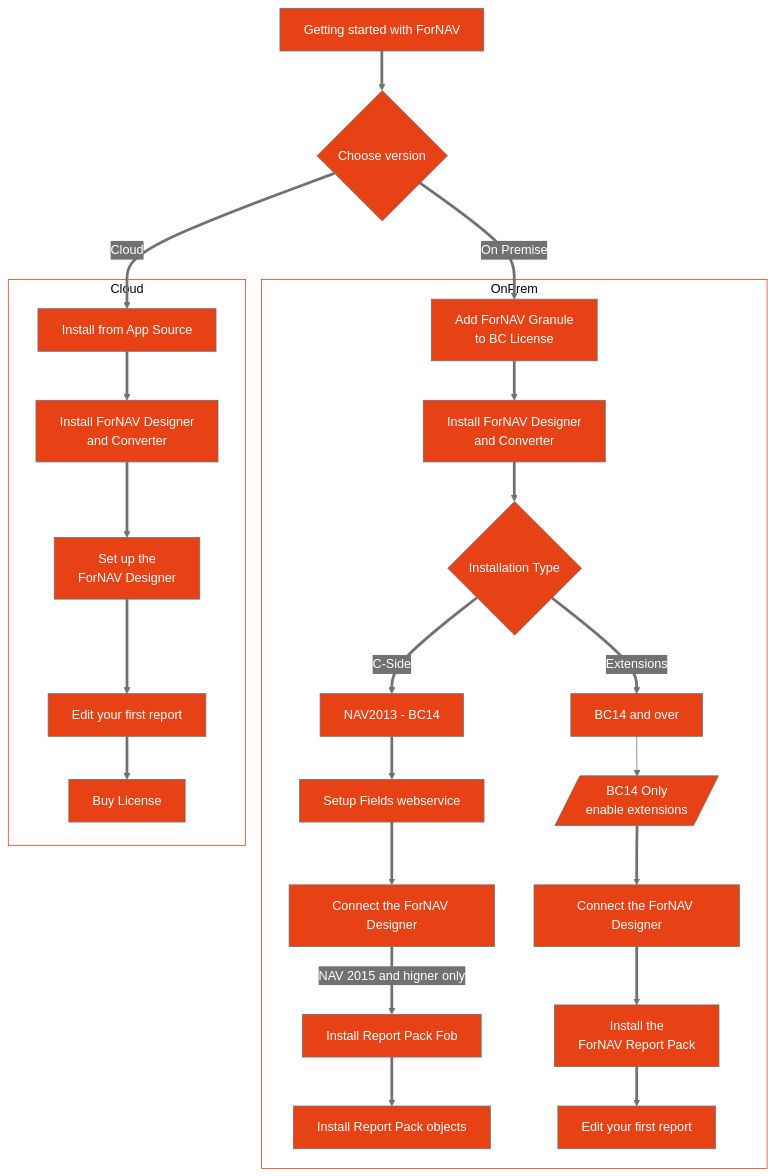
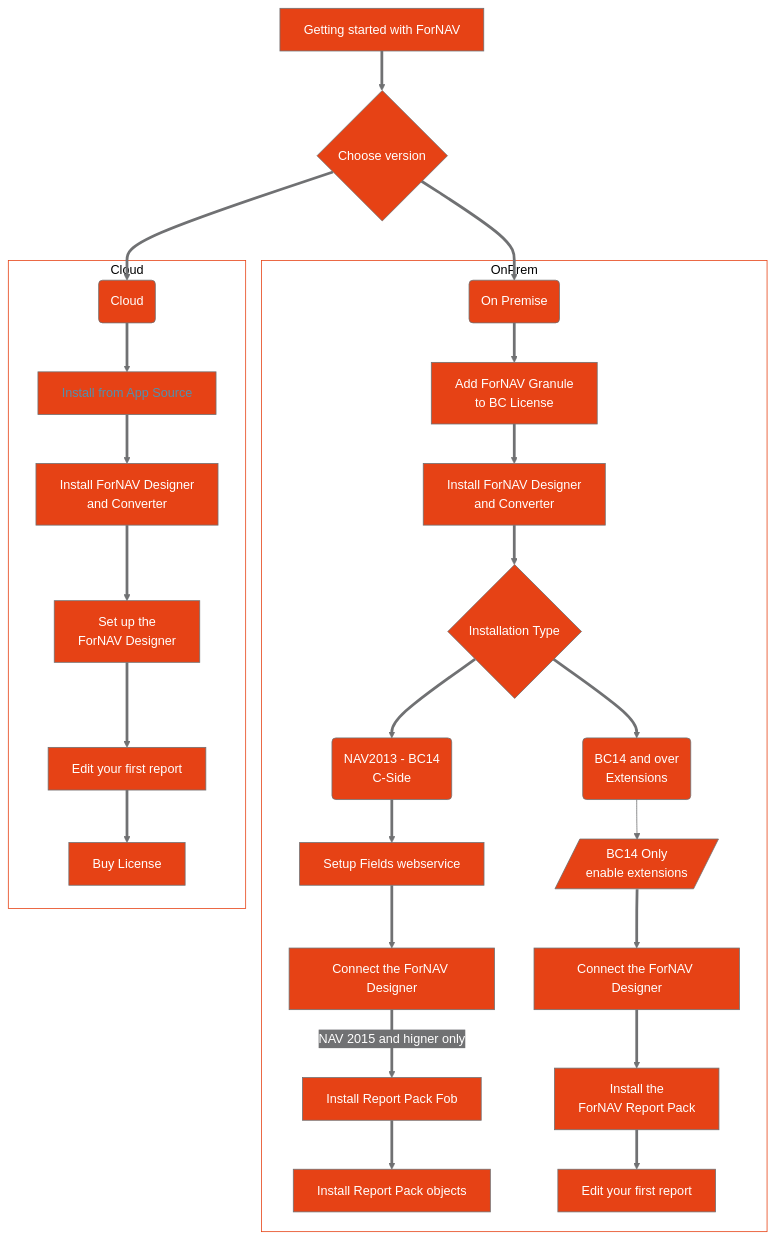
Before and after one commit to fornav/ForNav.Guide: the diagram in docs/README.md, drawn with Mermaid. The commit also changed other lines of this file and 3 other files, not shown here.

Commit message:
Update mermaid styling

````diff
--- a/docs/README.md
+++ b/docs/README.md
@@ -5,69 +5,56 @@
 ```mermaid
-%%{init: {'theme': 'base', 'themeVariables': { 
-    'darkMode' : 'true',
+%%{init: {'theme': 'base', 'themeVariables': {
     'primaryColor': '#e64215',
     'primaryBorderColor': '#707173',
     'primaryTextColor': 'white',
     'secondaryColor':'#707173',
     'lineColor': '#707173',
     'edgeLabelBackground': '#707173',
     'tertiaryColor': 'white',
     'textColor': '#707173',
     'tertiaryBorderColor': '#e64215'
-    }}}%%
-        graph TD
-          A[Getting started with ForNAV] ==> B{Choose version}
-          B ==> |Cloud| C[Install from App Source]
-          B ==> |On Premise| K[Add ForNAV Granule<br>to BC License]
-          C ==> D[Install ForNAV Designer<br>and Converter]
-          D ==> E[Set up the<br>ForNAV Designer]
-          E ==> F[Edit your first report]
-          F ==> G[Buy License]
-          K ==> L[Install ForNAV Designer<br>and Converter]
-          L ==> M{Installation Type}
-          M ==> |C-Side| N[NAV2013 - BC14]
-          M ==> |Extensions| U[BC14 and over]
-          N ==> O[Setup Fields webservice]
-          O ==> P[Connect the ForNAV Designer]
-          P ==> |NAV 2015 and higner only|Q[Install Report Pack Fob]
-          Q ==> R[Install Report Pack objects]
-          U --> V[/BC14 Only<br>enable extensions/]
-          V ==> W[Connect the ForNAV Designer]
-          W ==> X[Install the<br>ForNAV Report Pack]
-          X ==> Z[Edit your first report]
-          subgraph OnPrem
-            K
-            L
-            M
-            N
-            O
-            P
-            Q
-            R
-            U
-            V
-            W
-            X
-            Z
-          end
-          subgraph Cloud
-            C
-            D
-            E
-            F
-            G
-          end
-    click B "http://www.github.com" _blank
-    click C "https://appsource.microsoft.com/en/product/dynamics-365-business-central/PUBID.fornav%7CAID.customizable_report_pack%7CPAPPID.83326d6d-11f8-49fd-981a-6f266a7c8d81" _blank
-    click D "/ForNav.Guide/#/ForNAVForBCSaaS/?id=download" _blank
-    click E "/ForNav.Guide/#/ForNAVForBCSaaS/?id=setup" _blank
-    click F "/ForNav.Guide/#/ForNAVForBCSaaS/EditYourFirstReport?id=editing-your-first-fornav-report" _blank
-    click K "https://www.fornav.com/knowledge-base/fornav-granule-required/" _blank
-    click O "https://www.fornav.com/knowledge-base/troubleshooting-the-nav-web-service/" _blank
-    click N "https://www.youtube.com/watch?v=hIfv0Zfh2LQ" _blank
-    click Q "https://www.fornav.com/knowledge-base/installing-objects-fornav-isv-granule-area/" _blank
-    click L "/ForNav.Guide/#/ForNAVForBCOnPrem/?id=download" _blank
-    click W "/ForNav.Guide/#/ForNAVForBCOnPrem/?id=setup" _blank
-    click X "/ForNav.Guide/#/ForNAVForBCOnPrem/?id=install-the-fornav-report-pack" _blank
-    click Z "/ForNav.Guide/#/ForNAVForBCOnPrem/EditYourFirstReport" _blank
+}}}%%
+
+graph TD
+  start01[Getting started with ForNAV] ==> start02{Choose version}
+  start02 ==> cloud01(Cloud)
+  start02 ==> onprem01(On Premise)
+  subgraph OnPrem
+    onprem01 ==> onprem02[Add ForNAV Granule<br>to BC License]
+    onprem02 ==> onprem03[Install ForNAV Designer<br>and Converter]
+    onprem03 ==> onprem04{Installation Type}
+    onprem04 ==> cs01(NAV2013 - BC14<br>C-Side)
+    onprem04 ==> ex01(BC14 and over<br>Extensions)
+    cs01 ==> cs02[Setup Fields webservice]
+    cs02 ==> cs03[Connect the ForNAV Designer]
+    cs03 ==> |NAV 2015 and higner only|cs04[Install Report Pack Fob]
+    cs04 ==> cs05[Install Report Pack objects]
+    ex01 --> ex02[/BC14 Only<br>enable extensions/]
+    ex02 ==> ex03[Connect the ForNAV Designer]
+    ex03 ==> ex04[Install the<br>ForNAV Report Pack]
+    ex04 ==> ex05[Edit your first report]
+  end
+  subgraph Cloud
+    cloud01 ==> cloud02[Install from App Source]
+    cloud02 ==> cloud03[Install ForNAV Designer<br>and Converter]
+    cloud03 ==> cloud04[Set up the<br>ForNAV Designer]
+    cloud04 ==> cloud05[Edit your first report]
+    cloud05 ==> cloud06[Buy License]
+  end
+
+  click cloud02 "https://appsource.microsoft.com/en/product/dynamics-365-business-central/PUBID.fornav%7CAID.customizable_report_pack%7CPAPPID.83326d6d-11f8-49fd-981a-6f266a7c8d81" _blank
+  click D "/ForNav.Guide/#/ForNAVForBCSaaS/?id=download" _blank
+  click E "/ForNav.Guide/#/ForNAVForBCSaaS/?id=setup" _blank
+  click F "/ForNav.Guide/#/ForNAVForBCSaaS/EditYourFirstReport?id=editing-your-first-fornav-report" _blank
+  click K "https://www.fornav.com/knowledge-base/fornav-granule-required/" _blank
+  click O "https://www.fornav.com/knowledge-base/troubleshooting-the-nav-web-service/" _blank
+  click N "https://www.youtube.com/watch?v=hIfv0Zfh2LQ" _blank
+  click Q "https://www.fornav.com/knowledge-base/installing-objects-fornav-isv-granule-area/" _blank
+  click L "/ForNav.Guide/#/ForNAVForBCOnPrem/?id=download" _blank
+  click W "/ForNav.Guide/#/ForNAVForBCOnPrem/?id=setup" _blank
+  click X "/ForNav.Guide/#/ForNAVForBCOnPrem/?id=install-the-fornav-report-pack" _blank
+  click Z "/ForNav.Guide/#/ForNAVForBCOnPrem/EditYourFirstReport" _blank
+
+  classDef hyperlink color:#5290AE;
+  class cloud02 hyperlink;
 ```
````
